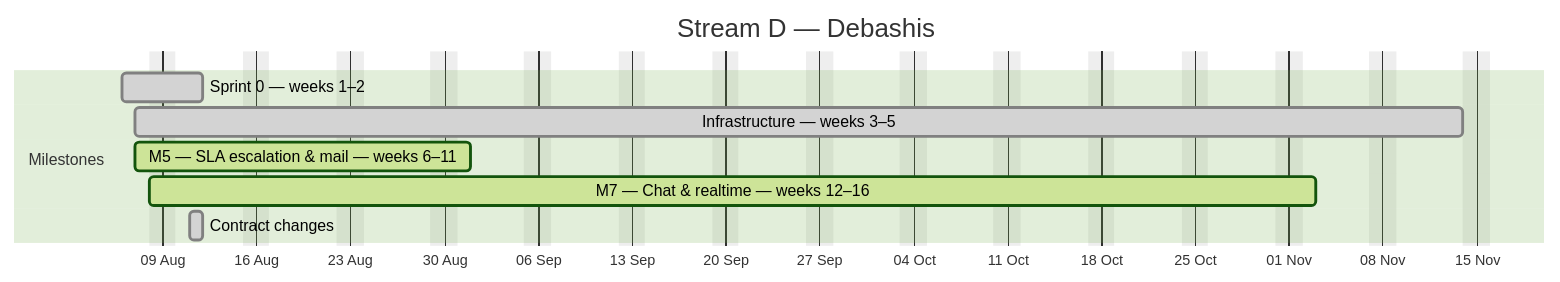
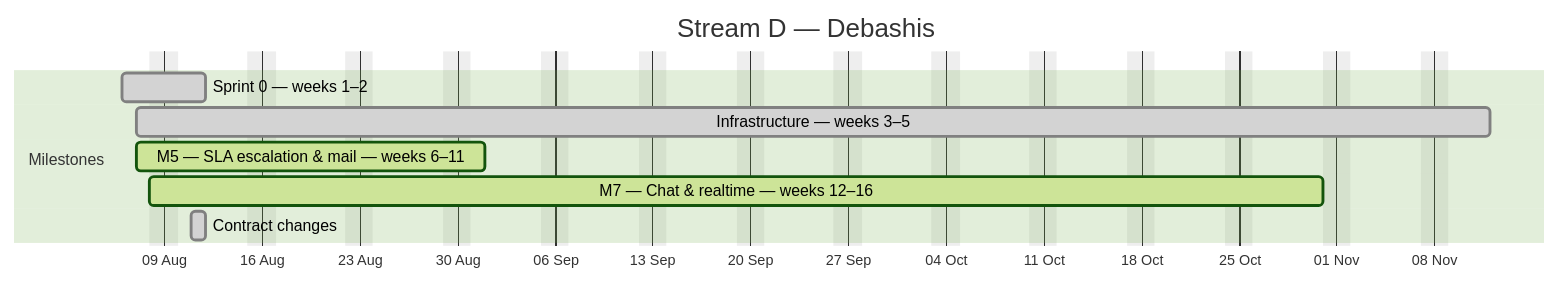
One commit to debashisedunext/EduTrack changed the fourth of 4 diagrams in docs/plan/GANTT.md. Above: the diagram before and after it, drawn with Mermaid (forest theme). The commit also changed other lines of this file and 3 other files, not shown here.

````diff
--- a/docs/plan/GANTT.md
+++ b/docs/plan/GANTT.md
@@ -160,13 +159,13 @@
 ```mermaid
 gantt
     dateFormat YYYY-MM-DD
     axisFormat %d %b
     title Stream D — Debashis
     excludes weekends
     section Milestones
     Sprint 0 — weeks 1–2 :done, d0, 2026-08-06, 4d
-    Infrastructure — weeks 3–5 :done, d1, 2026-08-07, 71d
+    Infrastructure — weeks 3–5 :done, d1, 2026-08-07, 69d
     M5 — SLA  escalation & mail — weeks 6–11 :active, d2, 2026-08-07, 17d
-    M7 — Chat & realtime — weeks 12–16 :active, d3, 2026-08-08, 62d
+    M7 — Chat & realtime — weeks 12–16 :active, d3, 2026-08-08, 61d
     Contract changes :done, d4, 2026-08-11, 1d
 ```
````
